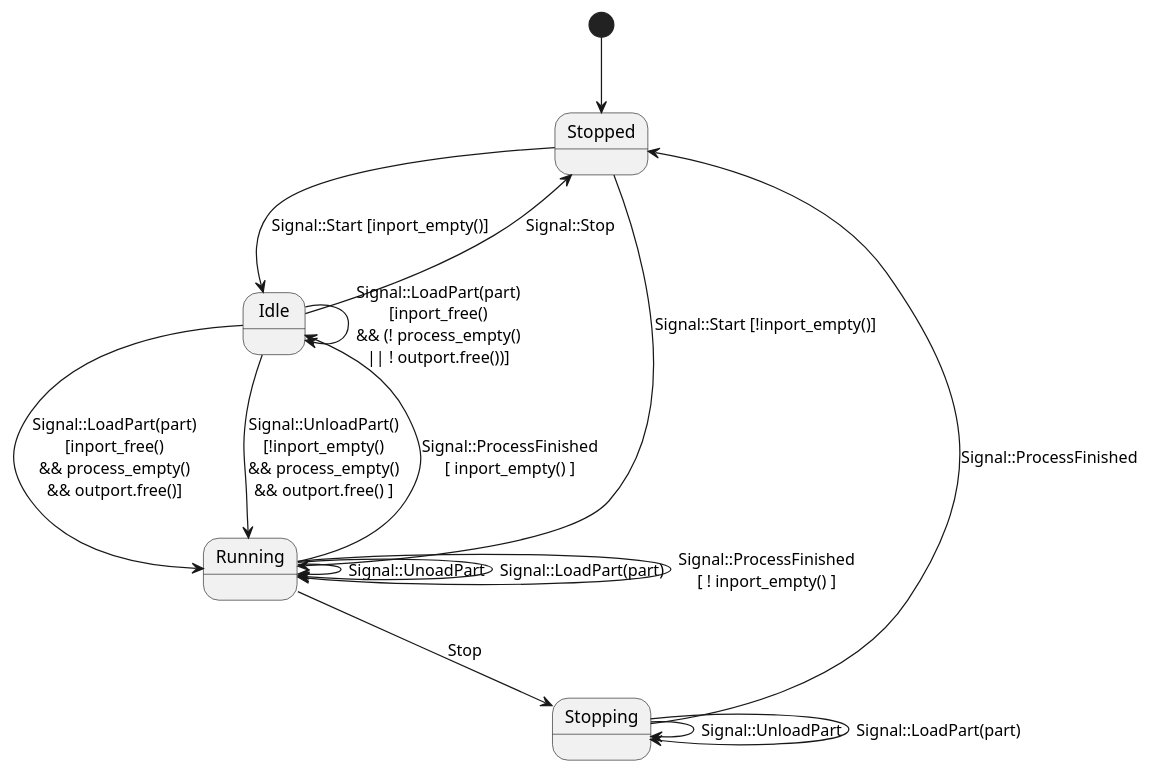
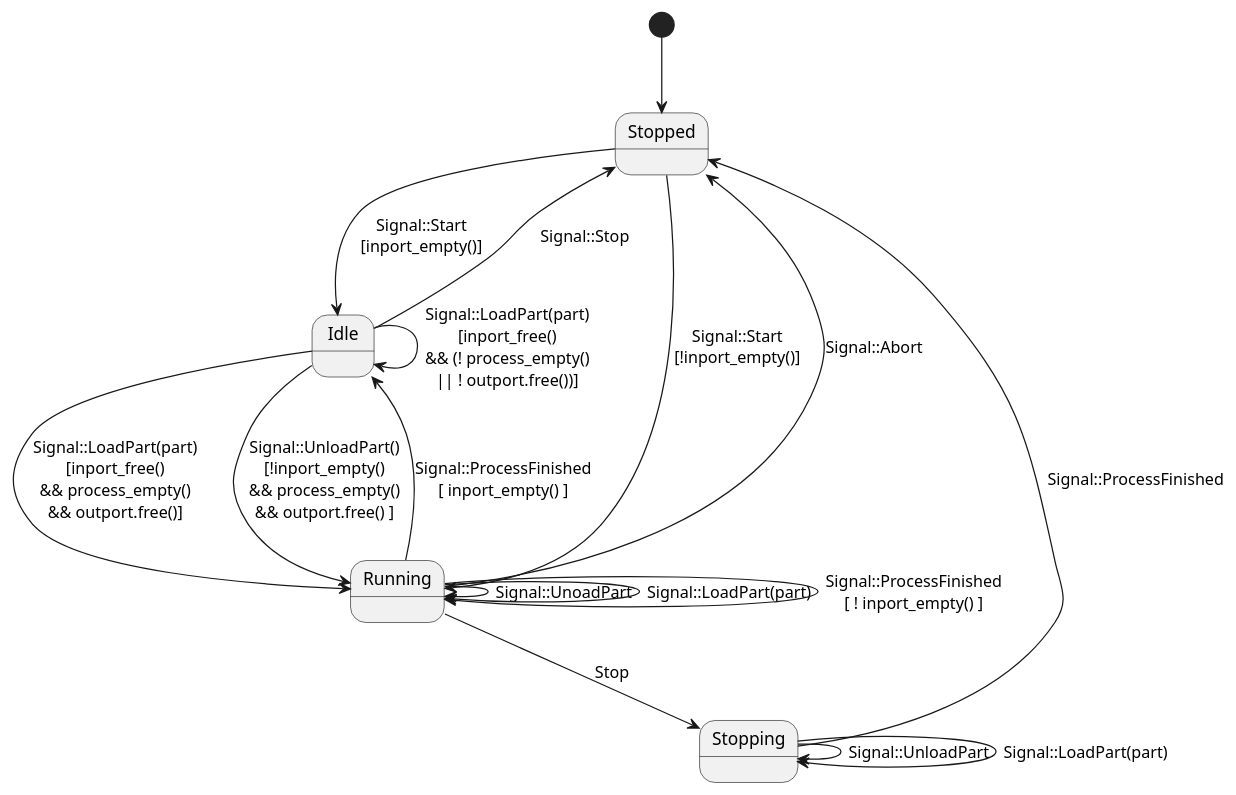
The diagram in doc/fsm2.stat.puml (onouv/mes-tool-mock-cli), drawn with PlantUML before and after one commit. The commit also changed 12 other files, not shown here.

```diff
--- a/doc/fsm2.stat.puml
+++ b/doc/fsm2.stat.puml
@@ -1,17 +1,18 @@
 @startuml
 [*] --> Stopped
-Stopped --> Idle: Signal::Start [inport_empty()]
-Stopped --> Running: Signal::Start [!inport_empty()]
+Stopped --> Idle: Signal::Start\n[inport_empty()]
+Stopped --> Running: Signal::Start\n[!inport_empty()]
 Idle --> Stopped: Signal::Stop
 Idle --> Running: Signal::LoadPart(part)\n[inport_free()\n&& process_empty()\n&& outport.free()]
 Idle --> Running: Signal::UnloadPart()\n[!inport_empty()\n&& process_empty()\n&& outport.free() ]
 Idle --> Idle: Signal::LoadPart(part)\n[inport_free()\n&& (! process_empty()\n|| ! outport.free())]
 Running --> Running: Signal::UnoadPart
 Running --> Running: Signal::LoadPart(part)
 Running --> Running: Signal::ProcessFinished\n[ ! inport_empty() ]
 Running --> Idle: Signal::ProcessFinished\n[ inport_empty() ] 
 Running --> Stopping: Stop
+Running --> Stopped: Signal::Abort
 Stopping --> Stopping: Signal::UnloadPart
 Stopping --> Stopping: Signal::LoadPart(part)
 Stopping --> Stopped: Signal::ProcessFinished
 @enduml
```
